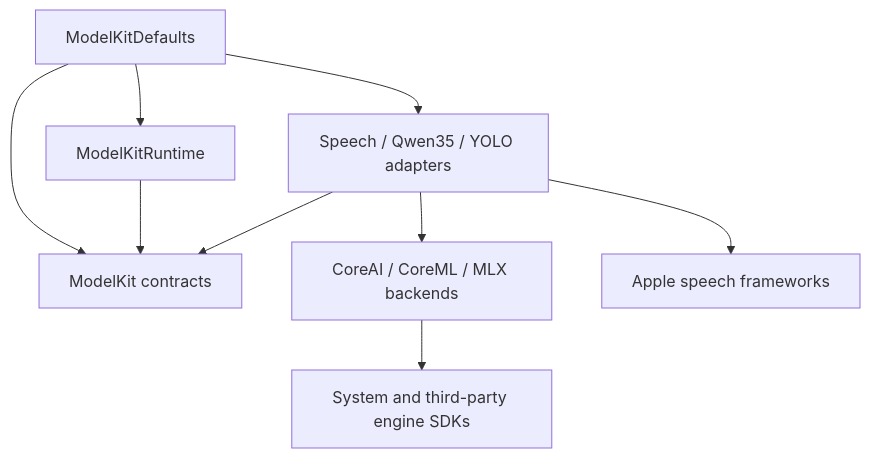
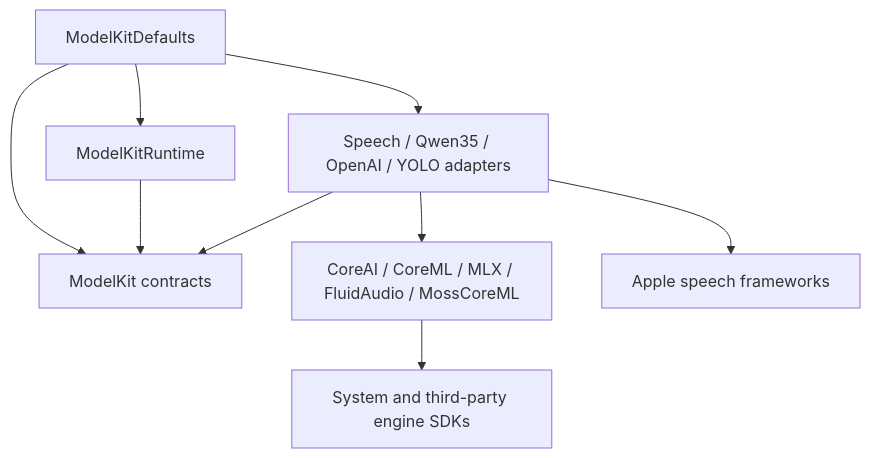
One commit to devilyouwei/MobileHarness changed the second of 3 diagrams in MobileHarness/ModelKit/README.md. Above: the diagram before and after it, drawn with Mermaid. The commit also changed other lines of this file and 132 other files, not shown here.

````diff
--- a/MobileHarness/ModelKit/README.md
+++ b/MobileHarness/ModelKit/README.md
@@ -48,11 +47,11 @@
 ```mermaid
 flowchart TD
     Defaults[ModelKitDefaults] --> Manager[ModelKitRuntime]
-    Defaults --> Adapters[Speech / Qwen35 / YOLO adapters]
+    Defaults --> Adapters[Speech / Qwen35 / OpenAI / YOLO adapters]
     Defaults --> Base[ModelKit contracts]
     Manager --> Base
     Adapters --> Base
-    Adapters --> Backends[CoreAI / CoreML / MLX backends]
+    Adapters --> Backends[CoreAI / CoreML / MLX / FluidAudio / MossCoreML]
     Backends --> SDKs[System and third-party engine SDKs]
     Adapters --> Apple[Apple speech frameworks]
 ```
````
